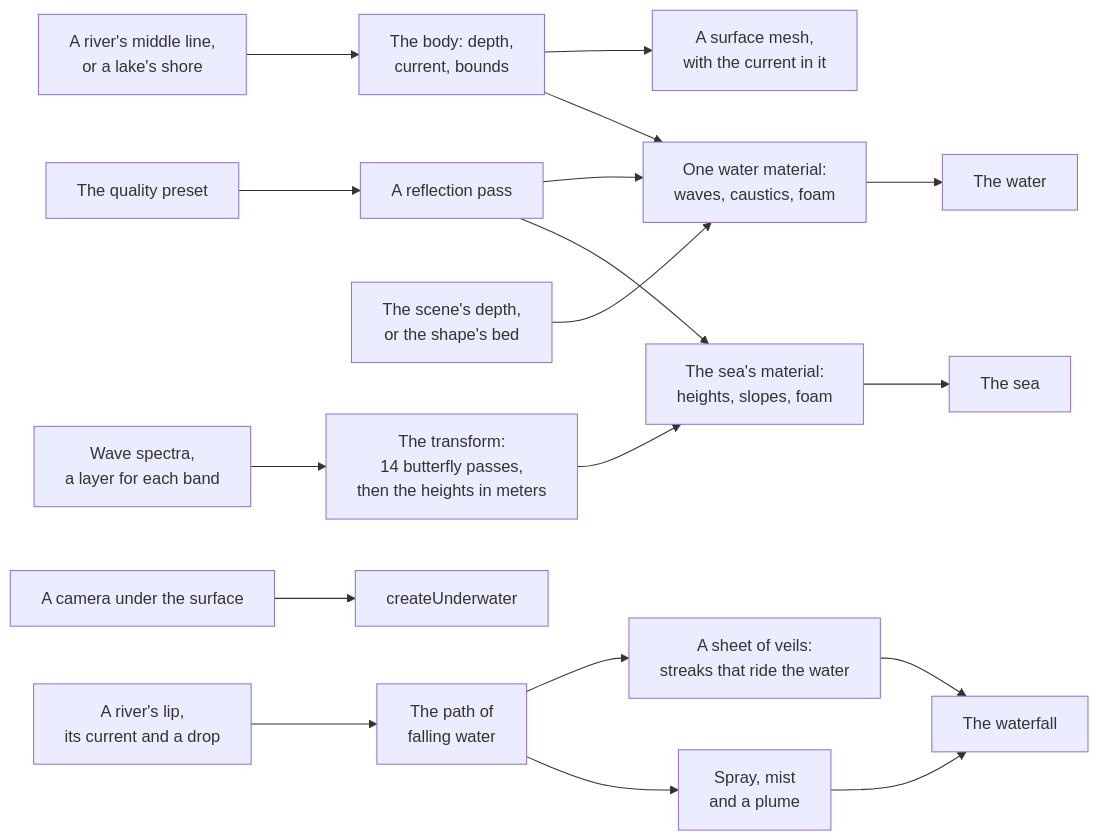
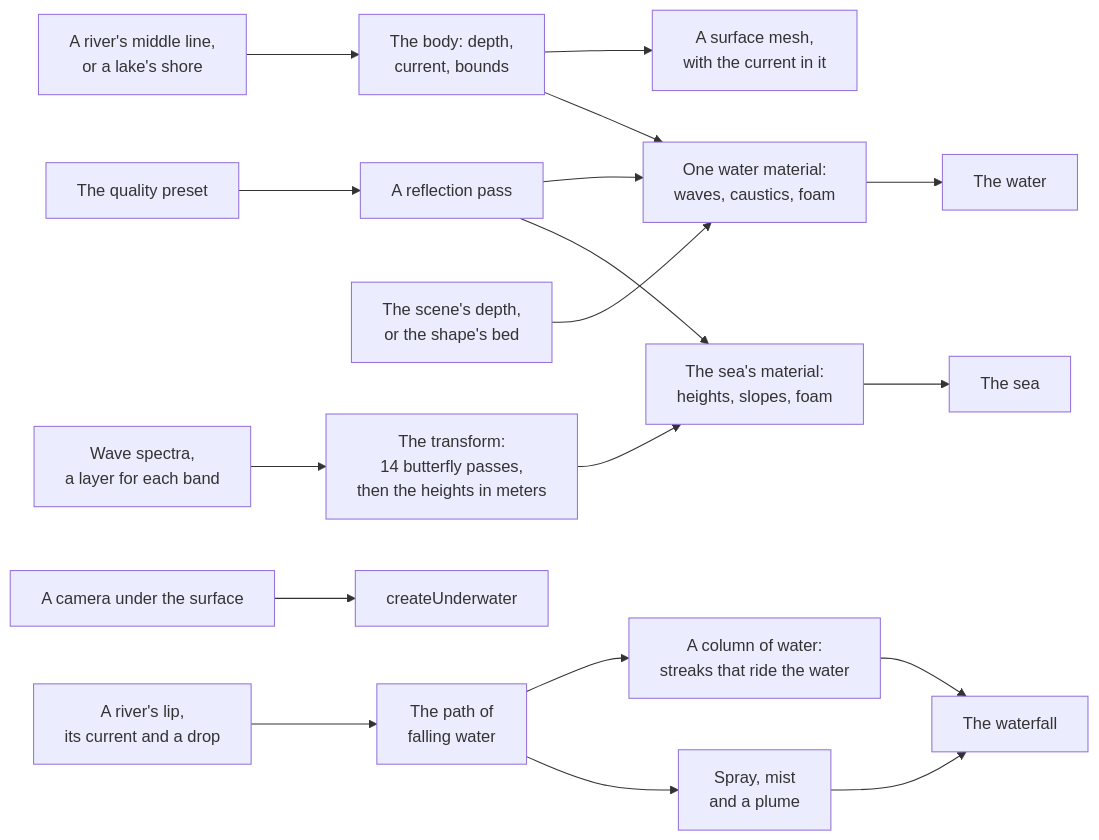
One commit to null3d-engine/null3d changed the diagram in docs/api/water.md. Above: the diagram before and after it, drawn with Mermaid. The commit also changed other lines of this file and 9 other files, not shown here.

````diff
--- a/docs/api/water.md
+++ b/docs/api/water.md
@@ -13,20 +13,20 @@
 ```mermaid
 flowchart LR
     shape["A river's middle line,<br/>or a lake's shore"] --> body["The body: depth,<br/>current, bounds"]
     body --> mesh["A surface mesh,<br/>with the current in it"]
     body --> material["One water material:<br/>waves, caustics, foam"]
     mirror["A reflection pass"] --> material
     bed["The scene's depth,<br/>or the shape's bed"] --> material
     material --> screen["The water"]
     spectrum["Wave spectra,<br/>a layer for each band"] --> chain["The transform:<br/>14 butterfly passes,<br/>then the heights in meters"]
     chain --> sea["The sea's material:<br/>heights, slopes, foam"]
     mirror --> sea
     sea --> ocean["The sea"]
     preset["The quality preset"] --> mirror
     camera["A camera under the surface"] --> under["createUnderwater"]
     lip["A river's lip,<br/>its current and a drop"] --> path["The path of<br/>falling water"]
-    path --> sheet["A sheet of veils:<br/>streaks that ride the water"]
+    path --> sheet["A column of water:<br/>streaks that ride the water"]
     path --> spray["Spray, mist<br/>and a plume"]
     sheet --> fall["The waterfall"]
     spray --> fall
 ```
````
